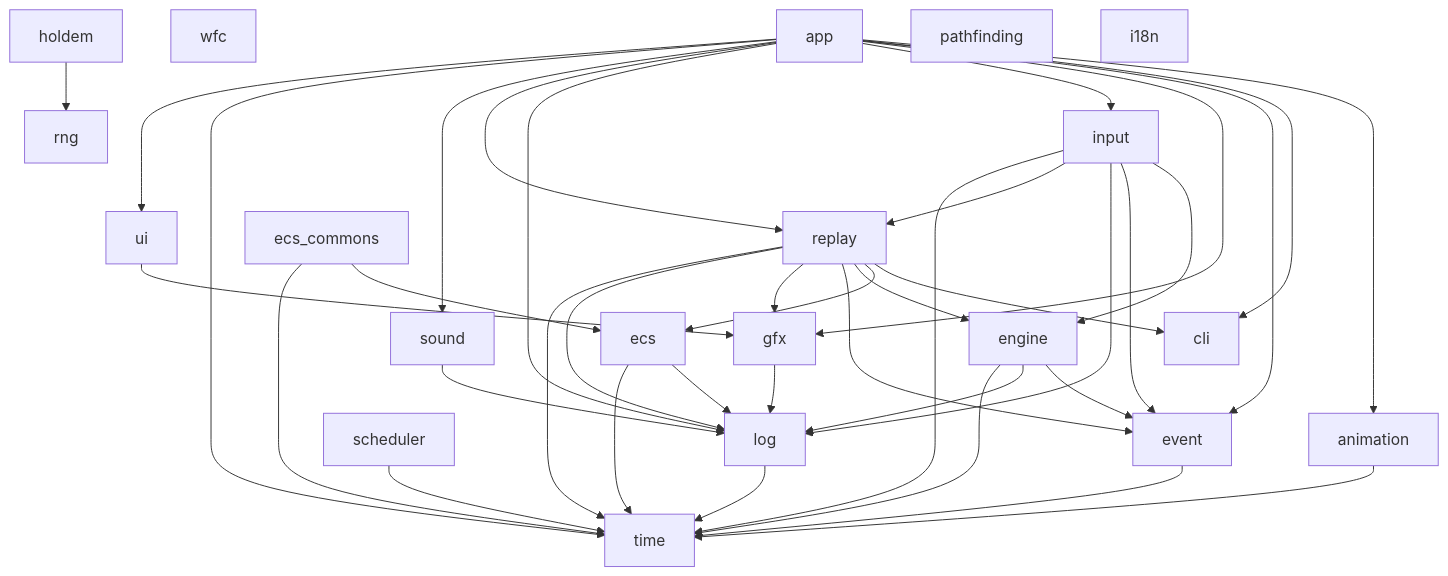
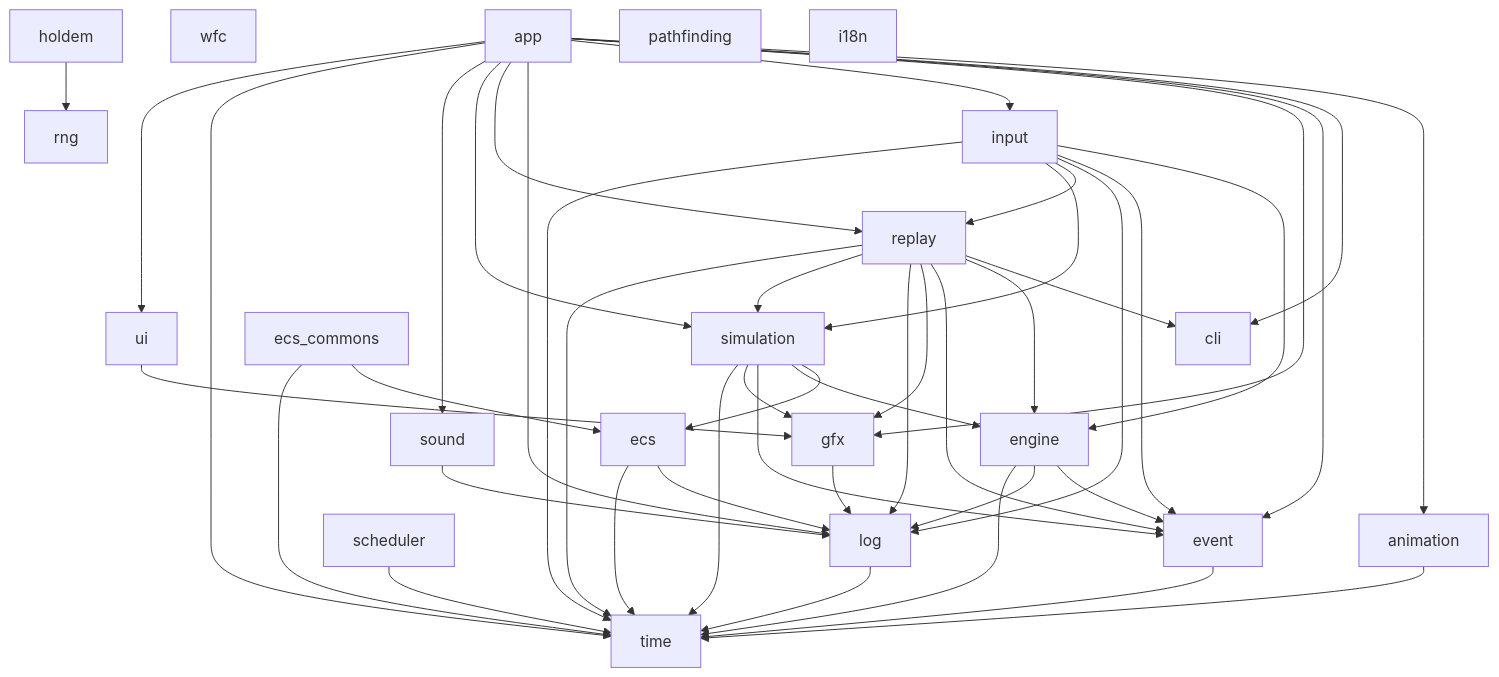
The second of 2 diagrams in wiki/Architecture.md (antwika/antwika), drawn with Mermaid before and after one commit. The commit also changed other lines of this file and 14 other files, not shown here.

````diff
--- a/wiki/Architecture.md
+++ b/wiki/Architecture.md
@@ -76,61 +76,69 @@
 ```mermaid
 graph TD
     time[time]
     log[log]
     event[event]
     engine[engine]
     ecs[ecs]
     gfx[gfx]
+    simulation[simulation]
     replay[replay]
     input[input]
     scheduler[scheduler]
     ui[ui]
     app[app]
     wfc[wfc]
     rng[rng]
     holdem[holdem]
     ecs_commons[ecs_commons]
     pathfinding[pathfinding]
     animation[animation]
     i18n[i18n]
     sound[sound]
     cli[cli]
 
     log --> time
     event --> time
     engine --> event
     engine --> log
     engine --> time
     ecs --> log
     ecs --> time
     gfx --> log
     scheduler --> time
     ui --> gfx
+    simulation --> ecs
+    simulation --> engine
+    simulation --> event
+    simulation --> gfx
+    simulation --> time
     replay --> cli
-    replay --> ecs
     replay --> engine
     replay --> event
     replay --> gfx
     replay --> log
+    replay --> simulation
     replay --> time
     input --> engine
     input --> event
     input --> log
     input --> replay
+    input --> simulation
     input --> time
     holdem --> rng
     ecs_commons --> ecs
     ecs_commons --> time
     animation --> time
     sound --> log
     app --> animation
     app --> cli
     app --> event
     app --> gfx
     app --> input
     app --> log
     app --> replay
+    app --> simulation
     app --> sound
     app --> time
     app --> ui
 ```
````
